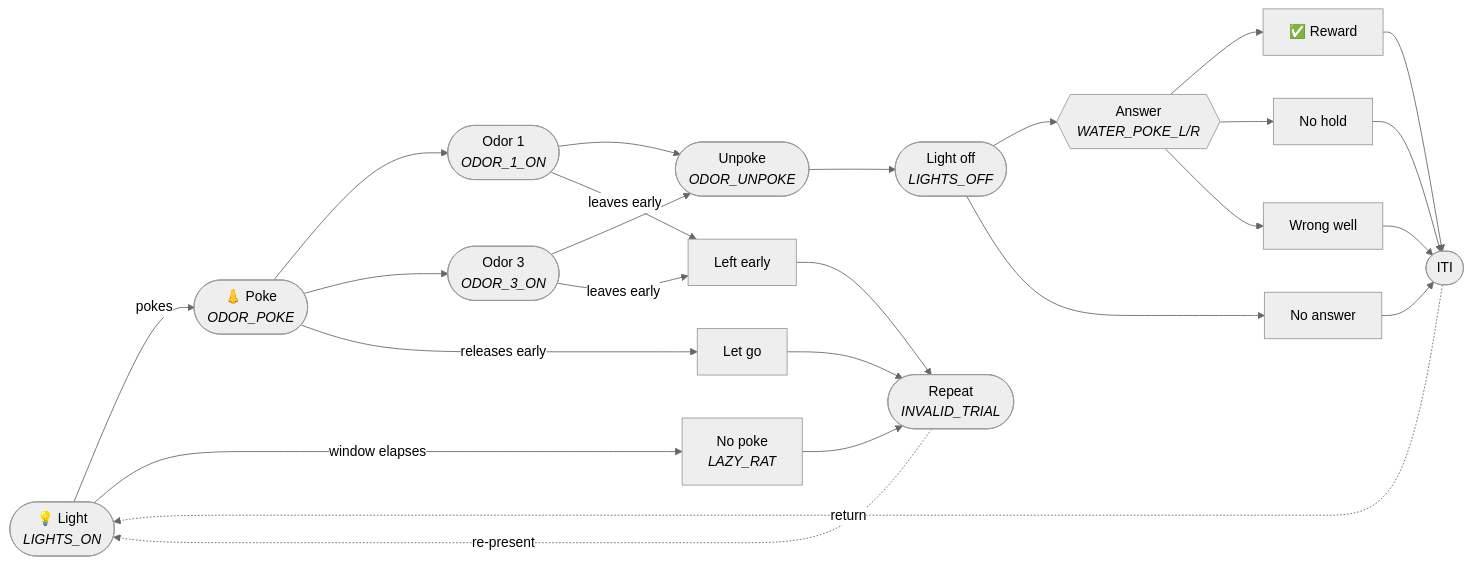
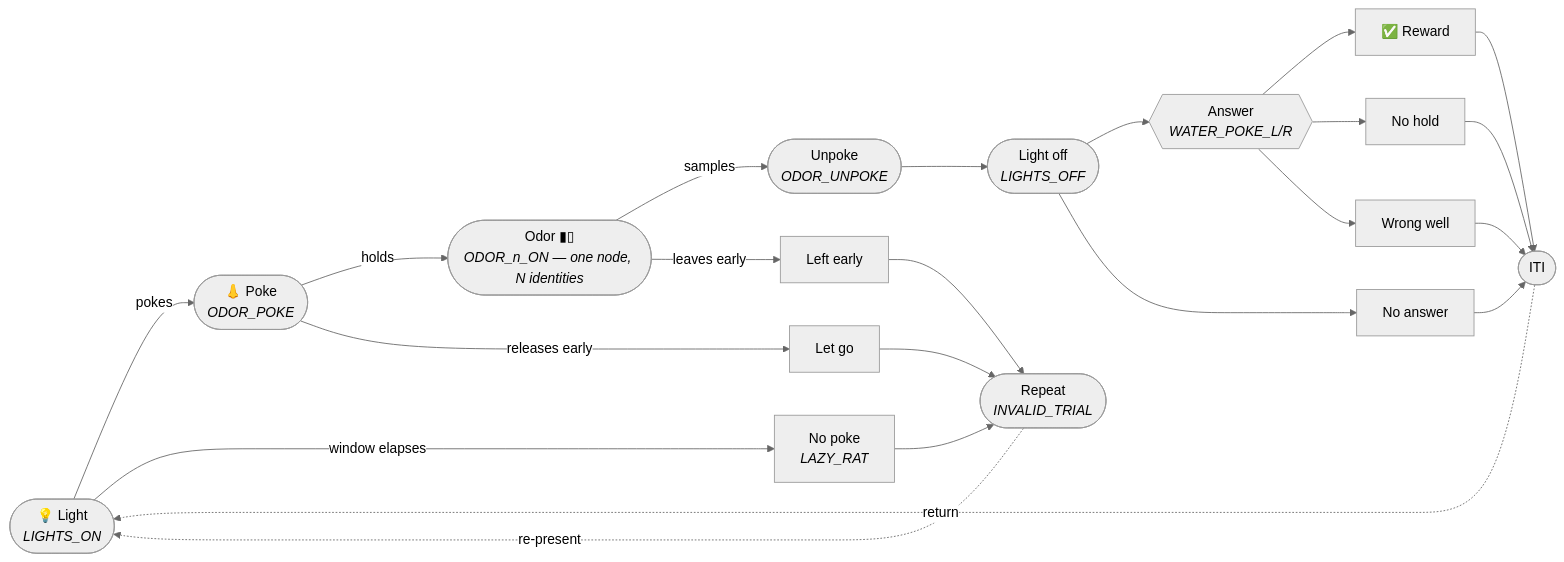
The second of 3 diagrams in docs/tasks.md (Chase-NJ/Ephymeris), drawn with Mermaid (neutral theme) before and after one commit. The commit also changed other lines of this file and 39 other files, not shown here.

Commit message:
Fixed session graph bug in analytics

````diff
--- a/docs/tasks.md
+++ b/docs/tasks.md
@@ -538,35 +543,34 @@
 ```mermaid
 flowchart LR
     start(["💡 Light<br/><i>LIGHTS_ON</i>"])
     poke(["👃 Poke<br/><i>ODOR_POKE</i>"])
-    o1(["Odor 1<br/><i>ODOR_1_ON</i>"])
-    o3(["Odor 3<br/><i>ODOR_3_ON</i>"])
+    odor(["Odor ▮▯<br/><i>ODOR_n_ON — one node, N identities</i>"])
     samp(["Unpoke<br/><i>ODOR_UNPOKE</i>"])
     off(["Light off<br/><i>LIGHTS_OFF</i>"])
     ans{{"Answer<br/><i>WATER_POKE_L/R</i>"}}
     rew["✅ Reward"]
     hold["No hold"]
     wrong["Wrong well"]
     none["No answer"]
     iti(["ITI"])
 
     lazy["No poke<br/><i>LAZY_RAT</i>"]
     ab1["Let go"]
     ab2["Left early"]
     rep(["Repeat<br/><i>INVALID_TRIAL</i>"])
 
     start -- "pokes" --> poke
-    poke --> o1 & o3
-    o1 & o3 --> samp
+    poke -- "holds" --> odor
+    odor -- "samples" --> samp
     samp --> off --> ans
     ans --> rew & hold & wrong
     off --> none
     rew & hold & wrong & none --> iti
     iti -. "return" .-> start
 
     start -- "window elapses" --> lazy
     poke -- "releases early" --> ab1
-    o1 & o3 -- "leaves early" --> ab2
+    odor -- "leaves early" --> ab2
     lazy & ab1 & ab2 --> rep
     rep -. "re-present" .-> start
 ```
````
